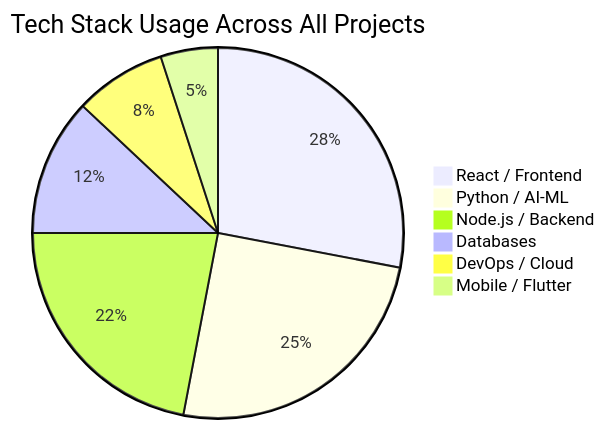
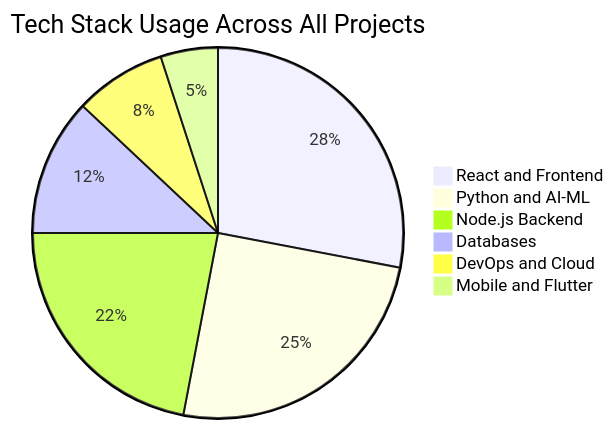
The second of 10 diagrams in README.md (Hamza-Kahloon786/Hamza-Kahloon786), drawn with Mermaid before and after one commit. The commit also changed other lines of this file and 23 other files, not shown here.

````diff
--- a/README.md
+++ b/README.md
@@ -87,9 +87,9 @@
 ```mermaid
 pie title Tech Stack Usage Across All Projects
-    "React / Frontend" : 28
-    "Python / AI-ML" : 25
-    "Node.js / Backend" : 22
+    "React and Frontend" : 28
+    "Python and AI-ML" : 25
+    "Node.js Backend" : 22
     "Databases" : 12
-    "DevOps / Cloud" : 8
-    "Mobile / Flutter" : 5
+    "DevOps and Cloud" : 8
+    "Mobile and Flutter" : 5
 ```
````
